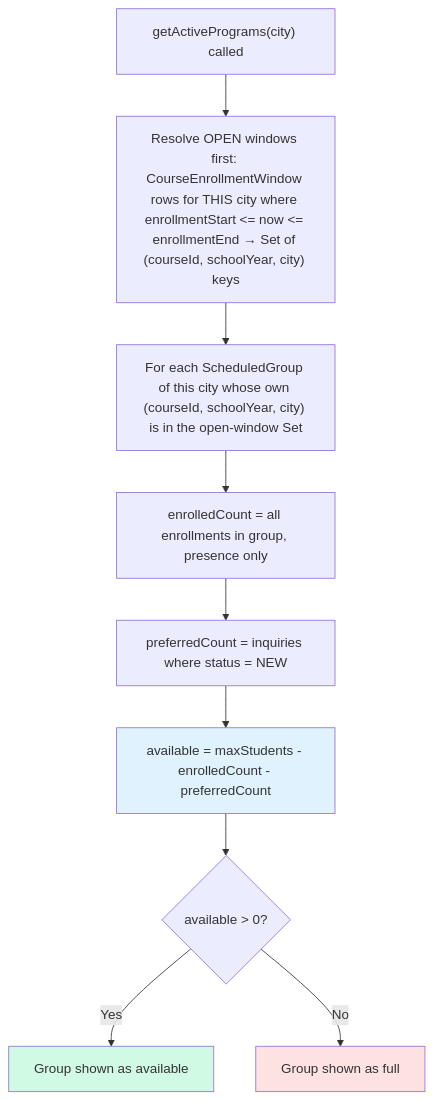
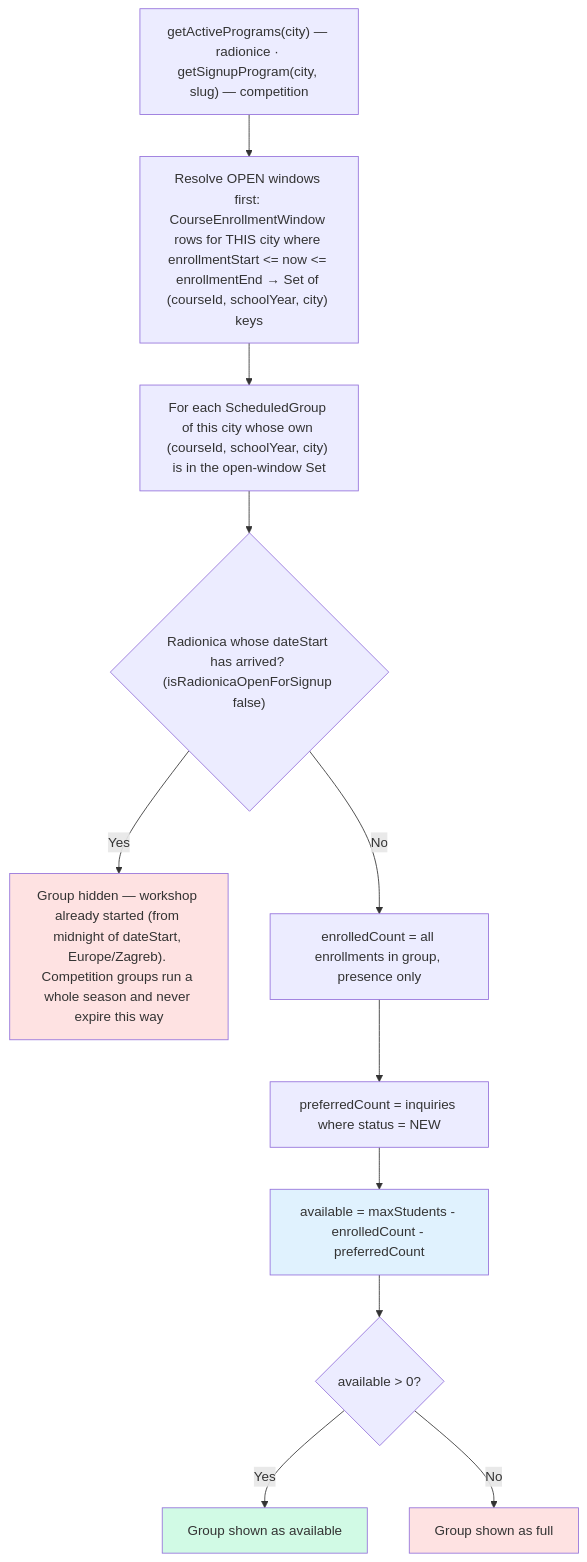
The third of 15 diagrams in docs/diagrams/enrollment-rules.md (jpucic00/inovatic), drawn with Mermaid before and after one commit. The commit also changed other lines of this file and 7 other files, not shown here.

````diff
--- a/docs/diagrams/enrollment-rules.md
+++ b/docs/diagrams/enrollment-rules.md
@@ -127,15 +131,18 @@
 ```mermaid
 flowchart TD
-    A["getActivePrograms(city) called"] --> A2["Resolve OPEN windows first: CourseEnrollmentWindow rows for THIS city where enrollmentStart &lt;= now &lt;= enrollmentEnd → Set of (courseId, schoolYear, city) keys"]
+    A["getActivePrograms(city) — radionice · getSignupProgram(city, slug) — competition"] --> A2["Resolve OPEN windows first: CourseEnrollmentWindow rows for THIS city where enrollmentStart &lt;= now &lt;= enrollmentEnd → Set of (courseId, schoolYear, city) keys"]
     A2 --> B["For each ScheduledGroup of this city whose own (courseId, schoolYear, city) is in the open-window Set"]
-    B --> C[enrolledCount = all enrollments in group, presence only]
+    B --> R0{"Radionica whose dateStart has arrived? (isRadionicaOpenForSignup false)"}
+    R0 -->|Yes| HIDE["Group hidden — workshop already started (from midnight of dateStart, Europe/Zagreb). Competition groups run a whole season and never expire this way"]
+    R0 -->|No| C[enrolledCount = all enrollments in group, presence only]
     C --> D[preferredCount = inquiries where status = NEW]
     D --> E["available = maxStudents - enrolledCount - preferredCount"]
     E --> F{available > 0?}
     F -->|Yes| SHOW[Group shown as available]
     F -->|No| FULL[Group shown as full]
 
+    style HIDE fill:#fee2e2
     style SHOW fill:#d1fae5
     style FULL fill:#fee2e2
     style E fill:#e0f2fe
 ```
````
